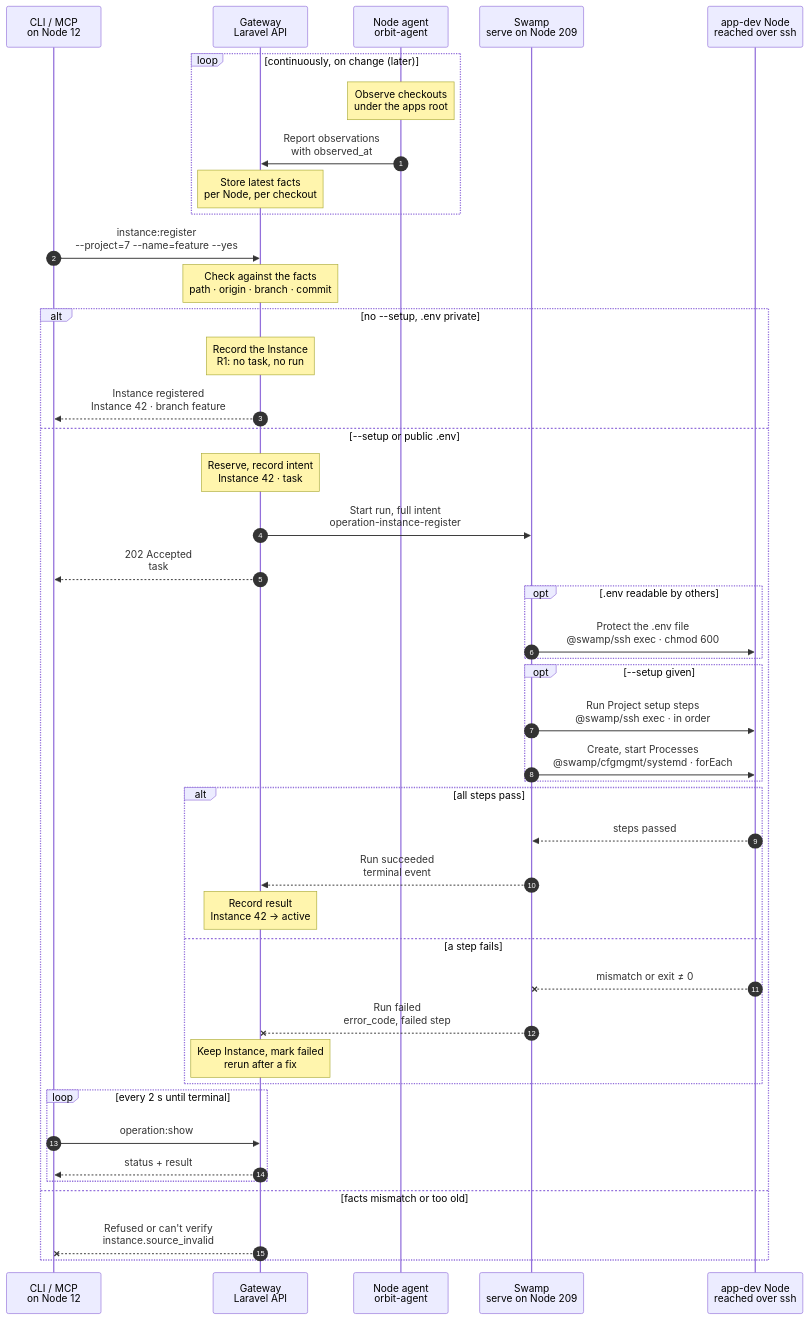
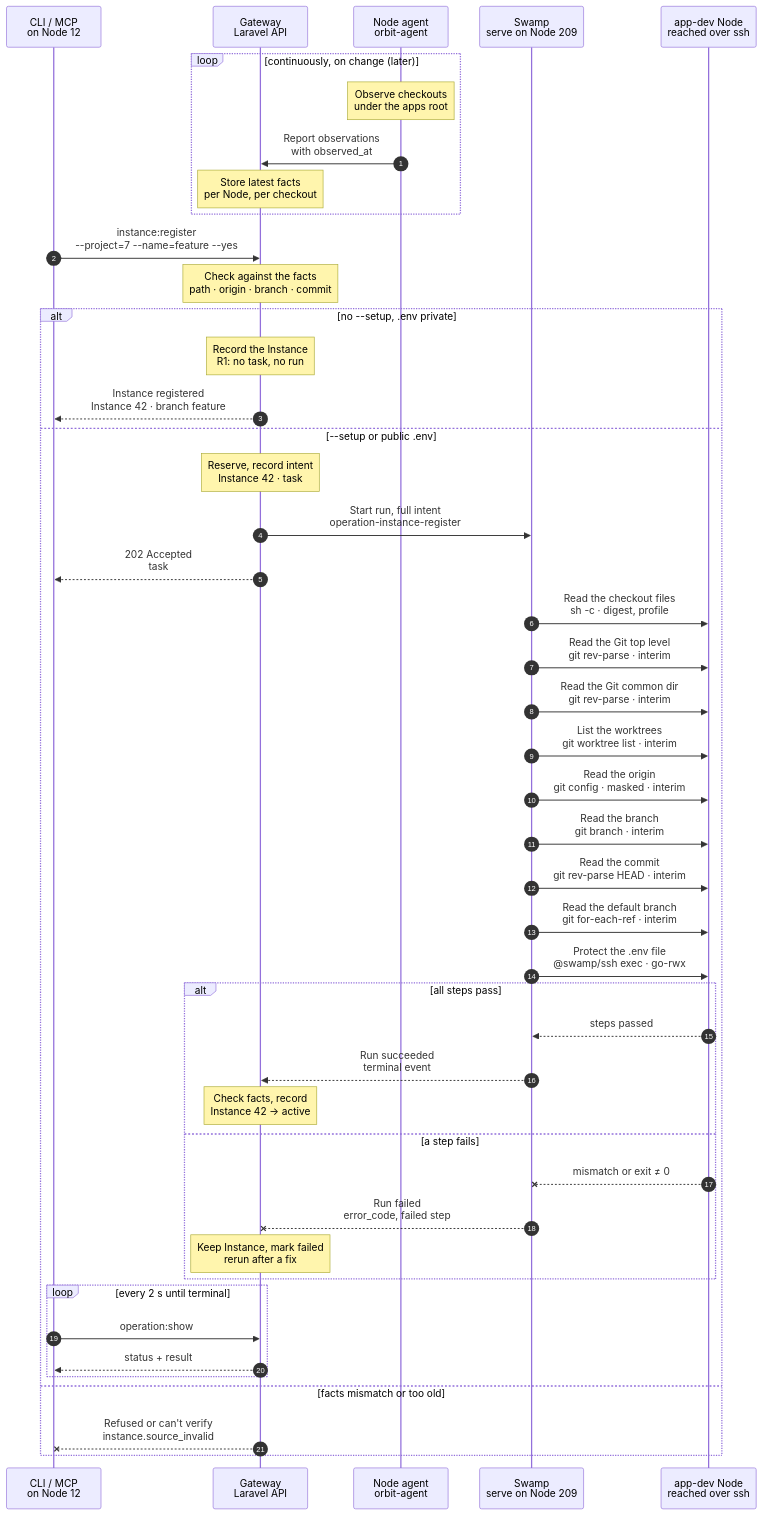
One commit to hardimpactdev/orbit changed the diagram in docs/cli/instance/register.mmd. Above: the diagram before and after it, drawn with Mermaid. The commit also changed 12 other files, not shown here.

```diff
--- a/docs/cli/instance/register.mmd
+++ b/docs/cli/instance/register.mmd
@@ -1,156 +1,176 @@
 sequenceDiagram
   %% Target design: rule 1 (read-only from Node agent reports, like tool.adopt), R1 record-only branch, R4 Node-work branch like tool.remove; .env stays the user's file; Processes from Project definitions for development (instance.create). docs/domains/applications.md#register-an-existing-checkout.
   %% Tightened: flow-tighten 2026-11-02, rules 5, 16, 22 (no Node re-read of admitted facts; cfgmgmt file mode, ssh exec setup, cfgmgmt systemd Processes).
   %% status: draft
+  %% Interim: until the Node agent reports checkouts, every registration starts a run that reads the checkout over @swamp/ssh, and the Gateway checks the read facts at the end. --setup stays refused (operation.kind_unavailable).
   %% command: instance:register
   %% kind: instance.register
   autonumber
   %% lane CLI icon=terminal pill=caller tone=gray
   %% lane GW icon=gateway pill=intent tone=blue
   %% lane A icon=server pill=observer tone=amber
   %% lane SW icon=workflow pill=executes tone=green
   %% lane N icon=server pill=target tone=amber
   participant CLI as CLI / MCP<br/>on Node 12
   participant GW as Gateway<br/>Laravel API
   participant A as Node agent<br/>orbit-agent
   participant SW as Swamp<br/>serve on Node 209
   participant N as app-dev Node<br/>reached over ssh
   loop continuously, on change (later)
     Note over A: Observe checkouts<br/>under the apps root
     %%> Later:
     %%> - this observation lands in the Node agent's observer pass; today the agent watches only task checkouts, at most 64 per Node
     %%> - until then, `instance:register` keeps its Swamp read of the checkout over `@swamp/ssh`
     %%> What it observes:
     %%> - each Git checkout under `<apps-root>/<project-slug>/<name>`
     %%> - its owner, Git layout, origin, branch and `HEAD` commit, and whether it is dirty
     %%> - whether `.env` exists and who can read it
     %%> - application facts: PHP version and whether it is Laravel
     %%> Runs as:
     %%> - read-only; the Node agent never changes a Node
     A->>GW: Report observations<br/>with observed_at
     %%> What it sends:
     %%> - what changed since the last report, with the time it was observed
     Note over GW: Store latest facts<br/>per Node, per checkout
     %%> Result:
     %%> - the Gateway always has a recent picture of the checkouts on each app-dev Node
   end
   CLI->>GW: instance:register<br/>--project=7 --name=feature --yes
   %%> Command:
   %%> - `cd /fast/apps/acme/feature && orbit instance:register --project=7 --name=feature --yes`
   %%> - syntax: `--project=ID [--path=PATH] [--name=NAME] [--root=PATH] [--setup] [--yes] [--idempotency-key=KEY] [--json]`
   %%> What registering means:
   %%> - Orbit adopts a checkout that already exists, in place
   %%> - Orbit owns the source from now on; a later `instance:destroy` deletes the checkout
   %%> Confirmation:
   %%> - without `--yes`, the CLI asks for consent that names the source; the default is No
   %%> - without a terminal, or with `--json`, `--yes` is required
   %%> CLI checks first:
   %%> - the directory is a Git checkout, and its origin has no credentials
   Note over GW: Check against the facts<br/>path · origin · branch · commit
   %%> Requirements:
   %%> - the request comes from Node 12 itself; the Node that sends it receives the Instance
   %%> - Node 12 has the `app-dev` role, and Project 7 may be placed on it
   %%> - the name `feature` is free in Project 7
   %%> Checks in the agent's latest report:
   %%> - the checkout is at `/fast/apps/acme/feature` and the Node's managed user owns it
   %%> - its origin is Project 7's repository
   %%> - it is a plain checkout, not a linked worktree
   %%> - the report is fresh enough to trust
   %%> Decides:
   %%> - whether the Node needs work, or only a record
   alt no --setup, .env private
     Note over GW: Record the Instance<br/>R1: no task, no run
     %%> When:
     %%> - no `--setup`, and `.env` is absent or readable only by its owner
     %%> Result:
     %%> - Instance 42 recorded as active, with the observed branch, commit and application facts
     %%> - Git `HEAD`, the index, dirty files and `.env` stay as they are
     %%> - no Swamp run starts (R1)
     %%> Not included:
     %%> - no Process starts; use `--setup`, or `instance:setup` later
     GW-->>CLI: Instance registered<br/>Instance 42 · branch feature
     %%> What you get:
     %%> - the final result at once; there is nothing to follow
   else --setup or public .env
     Note over GW: Reserve, record intent<br/>Instance 42 · task #5131
     %%> When:
     %%> - `--setup` was given, or the agent saw a `.env` that others can read
     %%> Result:
     %%> - Instance 42 recorded as reserved, with the observed facts
     %%> - task #5131 recorded with the full intent
     %%> Today:
     %%> - `--setup` returns `operation.kind_unavailable`
     GW->>SW: Start run, full intent<br/>operation-instance-register
     %%> What it does:
     %%> - starts one Swamp run on serve (Node 209)
     %%> Inputs:
     %%> - Node 12's address and SSH host keys; the SSH identity comes from the `swamp` role
     %%> - the observed facts, the setup steps, the development Process definitions
     GW-->>CLI: 202 Accepted<br/>task #5131
     %%> What you get:
     %%> - the task number, at once
     %%> Next:
     %%> - the CLI follows the task with `operation:show`
-    opt .env readable by others
-      SW->>N: Protect the .env file<br/>@swamp/ssh exec · chmod 600
-      %%> How:
-      %%> - Swamp reaches Node 12 over SSH from 209 with `@swamp/ssh`; one `chmod 600` argv, safe to repeat
-      %%> What it does:
-      %%> - removes group and public read access from `.env`
-      %%> Not included:
-      %%> - never reads or changes the content; the file stays the user's
-    end
-    opt --setup given
-      SW->>N: Run Project setup steps<br/>@swamp/ssh exec · in order
-      %%> What it does:
-      %%> - runs the Project's setup steps in order, as the Node's managed user, from the repository root
-      %%> Typical steps:
-      %%> - `composer install`, `vp install`, `php artisan migrate`
-      SW->>N: Create, start Processes<br/>@swamp/cfgmgmt/systemd · forEach
-      %%> What it does:
-      %%> - creates the Instance's Processes from the Project's Process definitions for `development`
-      %%> - starts them, for example the Vite dev server (`vp-dev`)
-      %%> Why here:
-      %%> - after the setup steps, because Processes need the installed dependencies
-    end
+    SW->>N: Read the checkout files<br/>sh -c · digest, profile
+    %%> Interim:
+    %%> - these eight reads replace the agent's report until its observer pass lands; each is one `@swamp/ssh` exec argv
+    %%> What it reads:
+    %%> - one read of the file tree digest, the `artisan` entry point and `composer.json`
+    SW->>N: Read the Git top level<br/>git rev-parse · interim
+    %%> What it reads:
+    %%> - the checkout's top-level directory
+    SW->>N: Read the Git common dir<br/>git rev-parse · interim
+    %%> What it reads:
+    %%> - the shared `.git` directory; a linked worktree has another one
+    SW->>N: List the worktrees<br/>git worktree list · interim
+    %%> What it reads:
+    %%> - every worktree of the repository
+    SW->>N: Read the origin<br/>git config · masked · interim
+    %%> What it reads:
+    %%> - the origin URL, with any embedded credential masked before it leaves the Node
+    SW->>N: Read the branch<br/>git branch · interim
+    %%> What it reads:
+    %%> - the checked-out branch, empty when `HEAD` is detached
+    SW->>N: Read the commit<br/>git rev-parse HEAD · interim
+    %%> What it reads:
+    %%> - the `HEAD` commit
+    SW->>N: Read the default branch<br/>git for-each-ref · interim
+    %%> What it reads:
+    %%> - the remote default branch
+    SW->>N: Protect the .env file<br/>@swamp/ssh exec · go-rwx
+    %%> How:
+    %%> - one `chmod go-rwx` argv on a regular `.env`, safe to repeat
+    %%> What it does:
+    %%> - removes group and public access from `.env`
+    %%> Interim:
+    %%> - runs after the reads, before the Gateway checks them; a refused source keeps the tighter mode
+    %%> Not included:
+    %%> - never reads or changes the content; the file stays the user's
+    %%> Later, with --setup:
+    %%> - Run Project setup steps (`@swamp/ssh` exec, in order), then Create, start Processes (`@swamp/cfgmgmt/systemd`, forEach)
     alt all steps pass
       N-->>SW: steps passed
       %%> Returns:
-      %%> - every step passed; the commit is the one the agent reported at admission
+      %%> - every step passed
       SW-->>GW: Run succeeded<br/>terminal event
       %%> How the Gateway learns it:
       %%> - its shared run reader sees the terminal event; Swamp never calls the Gateway
-      Note over GW: Record result<br/>Instance 42 → active
+      Note over GW: Check facts, record<br/>Instance 42 → active
+      %%> What it checks (interim):
+      %%> - the top level is the checkout, its `.git` is its own, and it is the only worktree
+      %%> - the origin is Project 7's repository; a masked origin is refused (`instance.source_identity_invalid`)
+      %%> - `composer.json` and the entry point give a supported PHP version and the Laravel flag
       %%> Result:
-      %%> - Instance 42 becomes active, with its Processes when `--setup` was given
-      %%> - task #5131 succeeds
+      %%> - Instance 42 becomes active with the read branch, commit and application facts; task #5131 succeeds
+      %%> - a mismatch fails task #5131 and keeps Instance 42 reserved (`instance.registration_conflict`)
     else a step fails
       N--xSW: mismatch or exit ≠ 0
       %%> When:
       %%> - the checkout no longer matches, or a setup or Process step fails
       SW--xGW: Run failed<br/>error_code, failed step
       %%> The Gateway reads:
       %%> - which step failed and its error code
       Note over GW: Keep Instance, mark failed<br/>rerun after a fix
       %%> Result:
       %%> - Instance 42 stays, marked failed; task #5131 fails
       %%> On the Node:
       %%> - the checkout stays as it is; no rollback
       %%> Retry:
       %%> - run the same command again; it is a new task
     end
     loop every 2 s until terminal
       CLI->>GW: operation:show #5131
       %%> What it does:
       %%> - asks for the task's status every 2 seconds until it has ended
       GW-->>CLI: status + result
       %%> Returns:
       %%> - the current status, and the result once the task has ended
     end
   else facts mismatch or too old
     GW--xCLI: Refused or can't verify<br/>instance.source_invalid
     %%> When:
     %%> - the path, owner, origin or layout doesn't match, or the agent hasn't reported recently
     %%> Result:
     %%> - nothing is recorded; fix the source, or try again when the agent reports
   end
```
